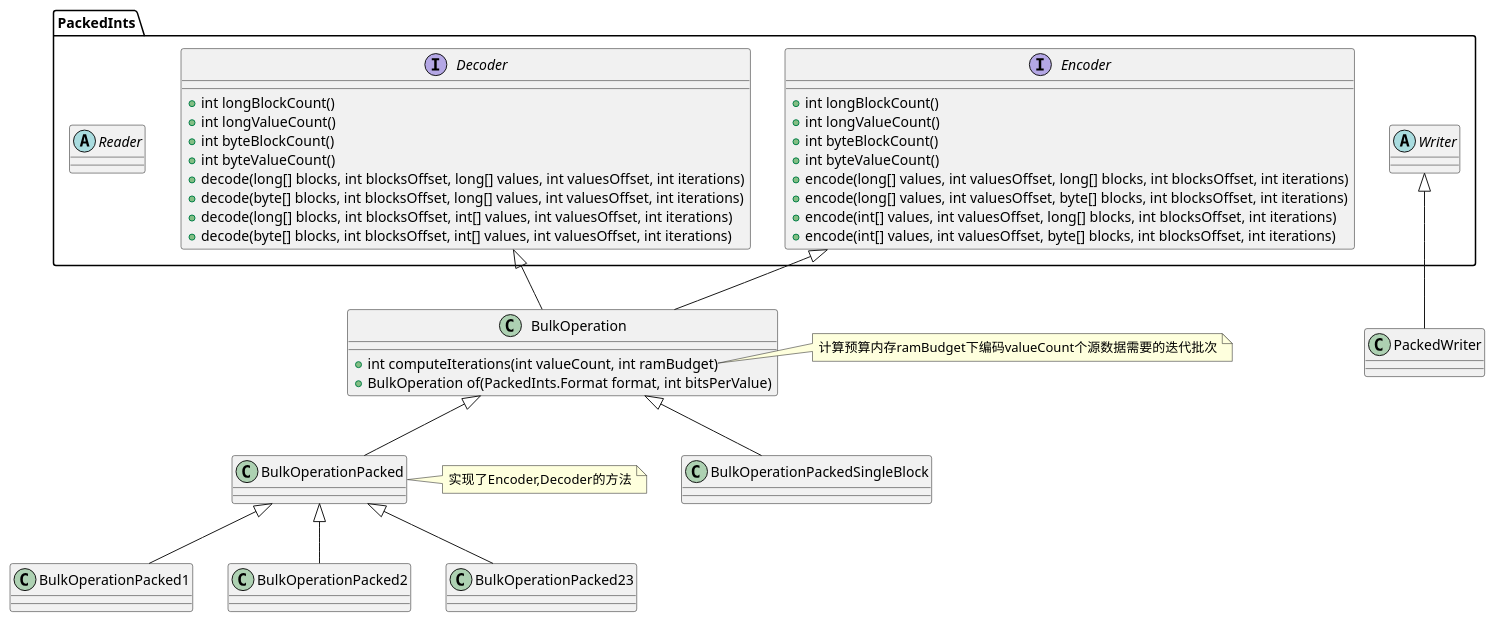
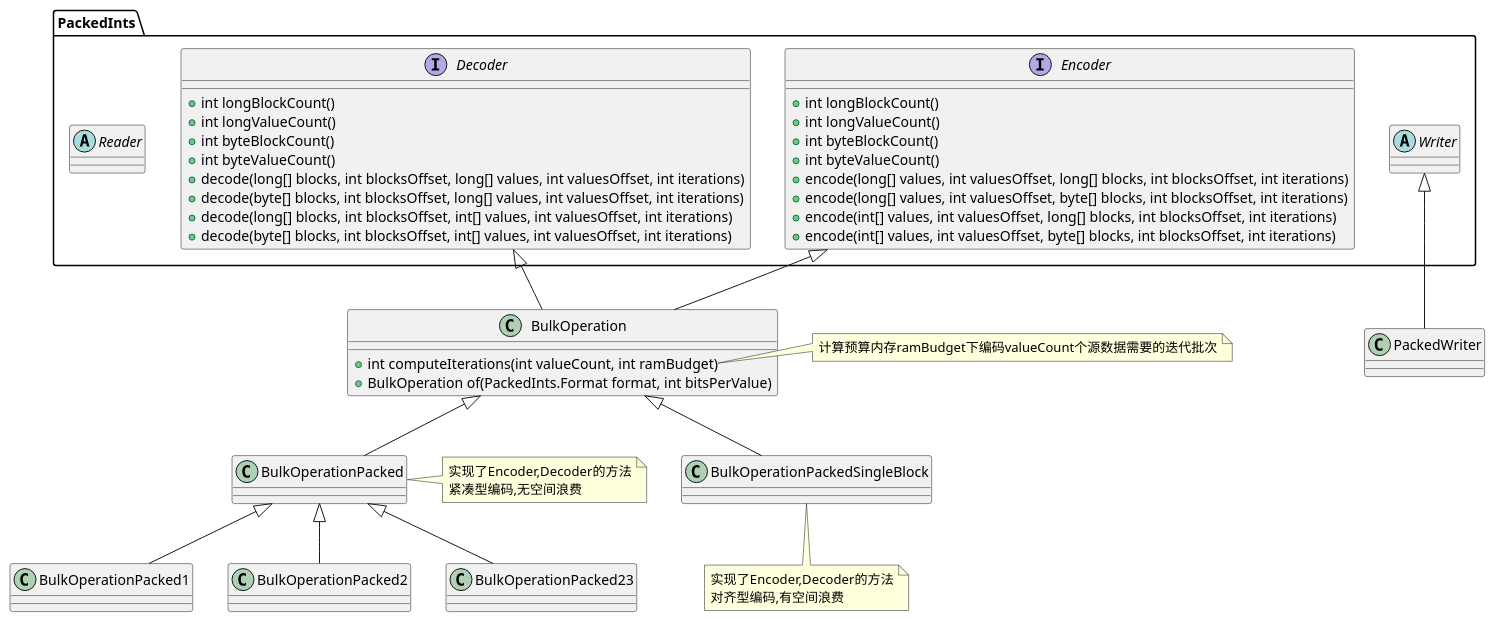
One commit to gsonkeno/lucene-8.8.2-maven-notes changed the diagram in uml/BulkOperation.puml. Above: the diagram before and after it, drawn with PlantUML. The commit also changed 2 other files, not shown here.

```diff
--- a/uml/BulkOperation.puml
+++ b/uml/BulkOperation.puml
@@ -1,60 +1,64 @@
 @startuml
 'https://plantuml.com/class-diagram
 
 interface PackedInts.Decoder
 interface PackedInts.Encoder
 abstract  PackedInts.Writer
 abstract  PackedInts.Reader
 class PackedWriter
 abstract class BulkOperation
 class BulkOperationPacked
 class BulkOperationPacked1
 class BulkOperationPacked2
 class BulkOperationPacked23
 class BulkOperationPackedSingleBlock
 PackedInts.Decoder<|-- BulkOperation
 PackedInts.Encoder<|-- BulkOperation
 
 PackedInts.Writer<|-- PackedWriter
 
 BulkOperation<|-- BulkOperationPacked
 BulkOperationPacked<|-- BulkOperationPacked1
 BulkOperationPacked<|-- BulkOperationPacked2
 BulkOperationPacked<|-- BulkOperationPacked23
 BulkOperation<|-- BulkOperationPackedSingleBlock
 
 interface PackedInts.Decoder{
 + int longBlockCount()
 + int longValueCount()
 + int byteBlockCount()
 + int byteValueCount()
 + decode(long[] blocks, int blocksOffset, long[] values, int valuesOffset, int iterations)
 + decode(byte[] blocks, int blocksOffset, long[] values, int valuesOffset, int iterations)
 + decode(long[] blocks, int blocksOffset, int[] values, int valuesOffset, int iterations)
 + decode(byte[] blocks, int blocksOffset, int[] values, int valuesOffset, int iterations)
 }
 
 interface PackedInts.Encoder{
 + int longBlockCount()
 + int longValueCount()
 + int byteBlockCount()
 + int byteValueCount()
 + encode(long[] values, int valuesOffset, long[] blocks, int blocksOffset, int iterations)
 + encode(long[] values, int valuesOffset, byte[] blocks, int blocksOffset, int iterations)
 + encode(int[] values, int valuesOffset, long[] blocks, int blocksOffset, int iterations)
 + encode(int[] values, int valuesOffset, byte[] blocks, int blocksOffset, int iterations)
 }
 
 class BulkOperation{
 + int computeIterations(int valueCount, int ramBudget)
 + BulkOperation of(PackedInts.Format format, int bitsPerValue)
 }
 note right of BulkOperation::computeIterations
   计算预算内存ramBudget下编码valueCount个源数据需要的迭代批次
 end note
 
 class BulkOperationPacked{
 
 }
-note right: 实现了Encoder,Decoder的方法
+note right: 实现了Encoder,Decoder的方法\n紧凑型编码,无空间浪费
+
+class BulkOperationPackedSingleBlock{
+}
+note bottom: 实现了Encoder,Decoder的方法\n对齐型编码,有空间浪费
 @enduml
```
